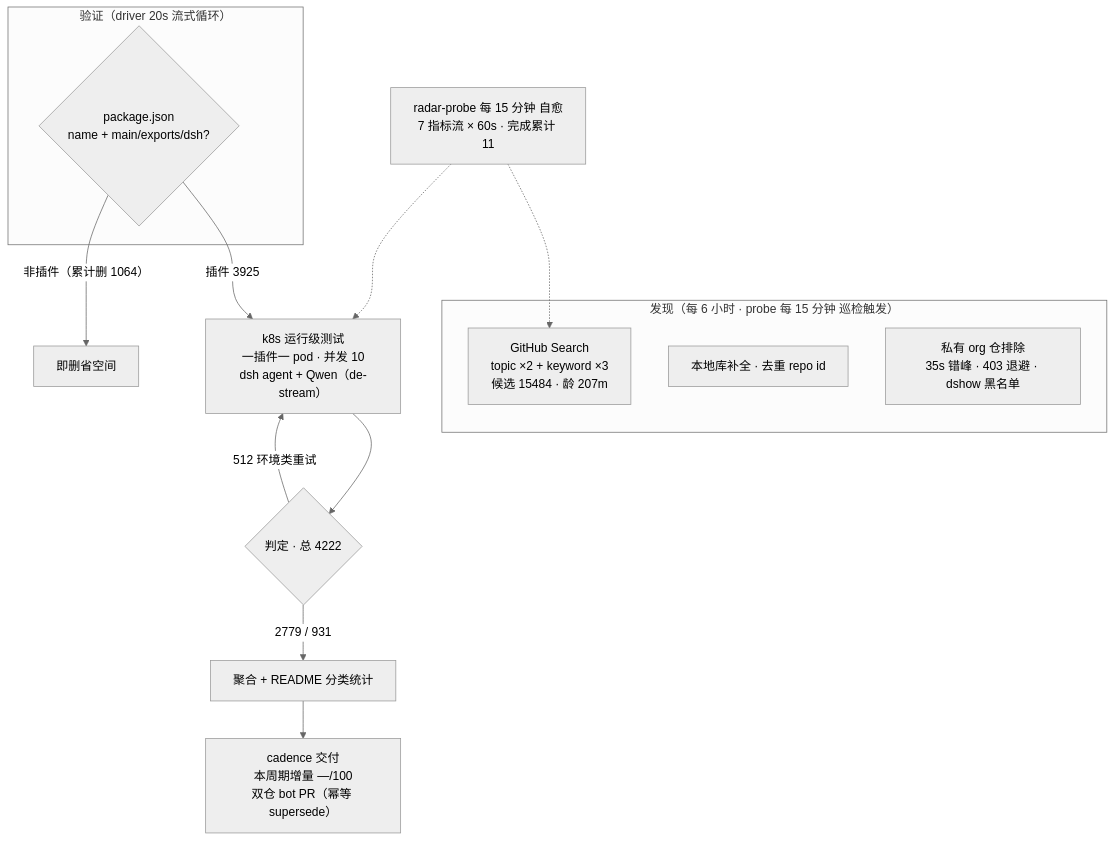
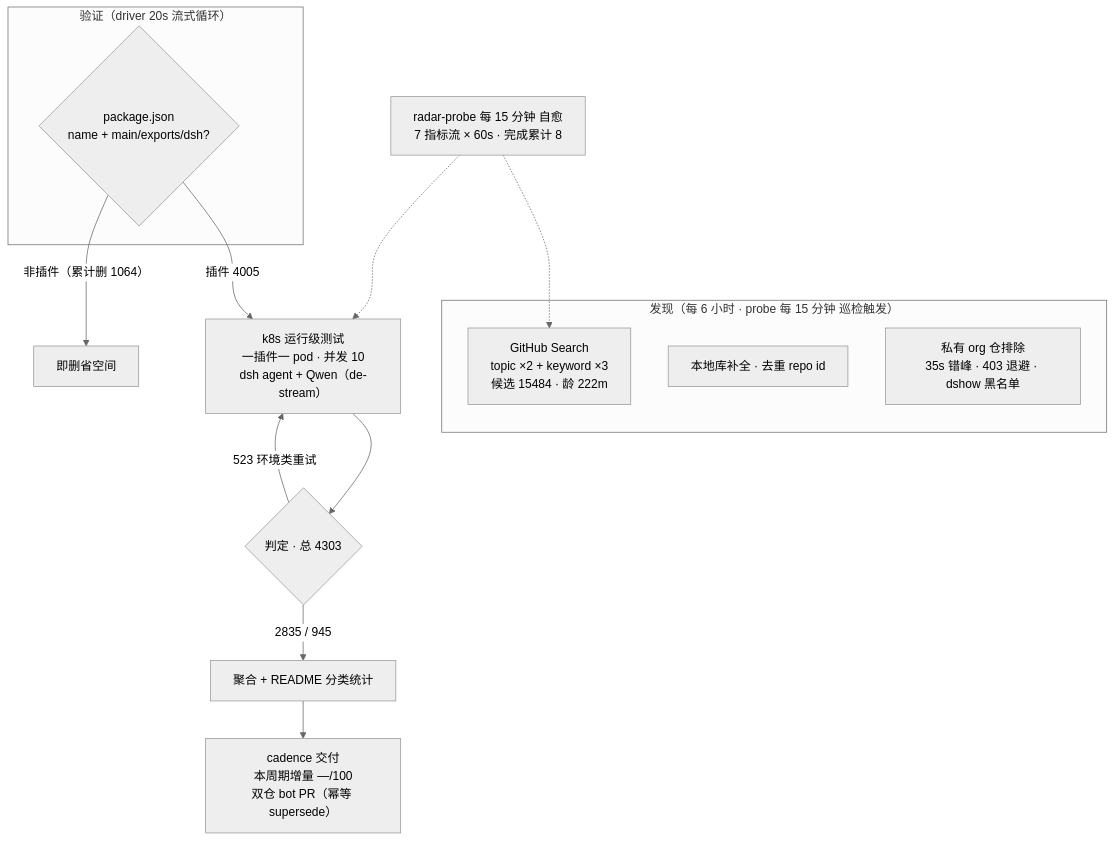
One commit to Zhidao-Lab-OSS/awesome-dsh-plugins changed the diagram in README.md. Above: the diagram before and after it, drawn with Mermaid (neutral theme). The commit also changed other lines of this file and 1 other file, not shown here.

````diff
--- a/README.md
+++ b/README.md
@@ -37,20 +37,20 @@
 ```mermaid
 flowchart TB
     subgraph Discovery["发现（每 6 小时 · probe 每 15 分钟 巡检触发）"]
-        A1["GitHub Search<br/>topic ×2 + keyword ×3<br/>候选 15484 · 龄 207m"]
+        A1["GitHub Search<br/>topic ×2 + keyword ×3<br/>候选 15484 · 龄 222m"]
         A2["本地库补全 · 去重 repo id"]
         A3["私有 org 仓排除<br/>35s 错峰 · 403 退避 · dshow 黑名单"]
     end
     subgraph Validation["验证（driver 20s 流式循环）"]
         B1{"package.json<br/>name + main/exports/dsh?"}
     end
-    B1 -->|"插件 3925"| C1["k8s 运行级测试<br/>一插件一 pod · 并发 10<br/>dsh agent + Qwen（de-stream）"]
+    B1 -->|"插件 4005"| C1["k8s 运行级测试<br/>一插件一 pod · 并发 10<br/>dsh agent + Qwen（de-stream）"]
     B1 -->|"非插件（累计删 1064）"| B3["即删省空间"]
-    C1 --> D1{"判定 · 总 4222"}
-    D1 -->|"2779 / 931"| E1["聚合 + README 分类统计"]
-    D1 -->|"512 环境类重试"| C1
+    C1 --> D1{"判定 · 总 4303"}
+    D1 -->|"2835 / 945"| E1["聚合 + README 分类统计"]
+    D1 -->|"523 环境类重试"| C1
     E1 --> E2["cadence 交付<br/>本周期增量 —/100<br/>双仓 bot PR（幂等 supersede）"]
-    M["radar-probe 每 15 分钟 自愈<br/>7 指标流 × 60s · 完成累计 11"]
+    M["radar-probe 每 15 分钟 自愈<br/>7 指标流 × 60s · 完成累计 8"]
     M -.-> A1
     M -.-> C1
 ```
````
